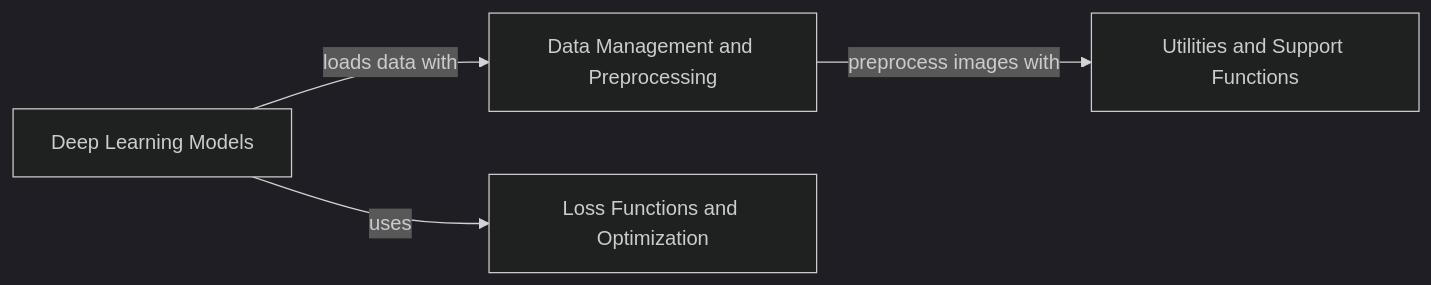
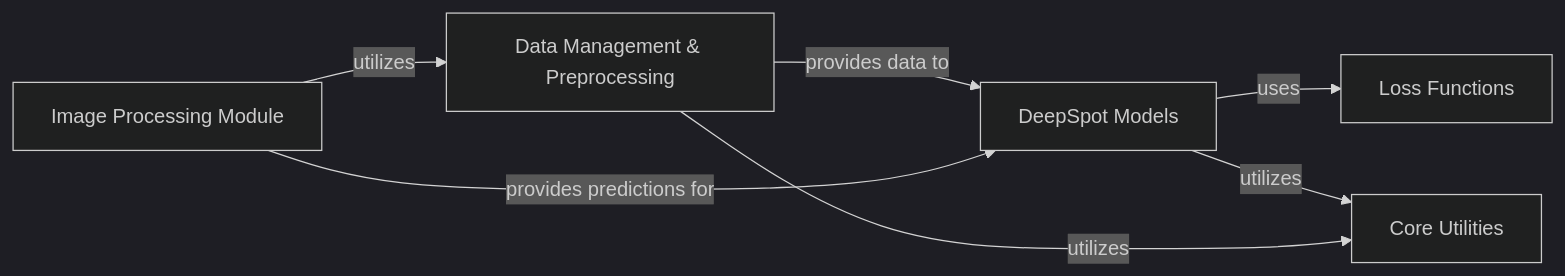
The diagram in DeepSpot/on_boarding.md (CodeBoarding/GeneratedOnBoardings), drawn with Mermaid (dark theme) before and after one commit. The commit also changed other lines of this file and 9 other files, not shown here.

Commit message:
Uploading onboarding materials for DeepSpot

````diff
--- a/DeepSpot/on_boarding.md
+++ b/DeepSpot/on_boarding.md
@@ -1,14 +1,19 @@
 ```mermaid
 graph LR
-    Data_Management_and_Preprocessing["Data Management and Preprocessing"]
-    Deep_Learning_Models["Deep Learning Models"]
-    Loss_Functions_and_Optimization["Loss Functions and Optimization"]
-    Utilities_and_Support_Functions["Utilities and Support Functions"]
-    Deep_Learning_Models -- "loads data with" --> Data_Management_and_Preprocessing
-    Data_Management_and_Preprocessing -- "preprocess images with" --> Utilities_and_Support_Functions
-    Deep_Learning_Models -- "uses" --> Loss_Functions_and_Optimization
-    click Data_Management_and_Preprocessing href "https://github.com/CodeBoarding/GeneratedOnBoardings/blob/main/DeepSpot/Data Management and Preprocessing.md" "Details"
-    click Deep_Learning_Models href "https://github.com/CodeBoarding/GeneratedOnBoardings/blob/main/DeepSpot/Deep Learning Models.md" "Details"
-    click Loss_Functions_and_Optimization href "https://github.com/CodeBoarding/GeneratedOnBoardings/blob/main/DeepSpot/Loss Functions and Optimization.md" "Details"
-    click Utilities_and_Support_Functions href "https://github.com/CodeBoarding/GeneratedOnBoardings/blob/main/DeepSpot/Utilities and Support Functions.md" "Details"
+    Data_Management_Preprocessing["Data Management & Preprocessing"]
+    DeepSpot_Models["DeepSpot Models"]
+    Loss_Functions["Loss Functions"]
+    Image_Processing_Module["Image Processing Module"]
+    Core_Utilities["Core Utilities"]
+    Data_Management_Preprocessing -- "provides data to" --> DeepSpot_Models
+    DeepSpot_Models -- "uses" --> Loss_Functions
+    DeepSpot_Models -- "utilizes" --> Core_Utilities
+    Data_Management_Preprocessing -- "utilizes" --> Core_Utilities
+    Image_Processing_Module -- "utilizes" --> Data_Management_Preprocessing
+    Image_Processing_Module -- "provides predictions for" --> DeepSpot_Models
+    click Data_Management_Preprocessing href "https://github.com/CodeBoarding/GeneratedOnBoardings/blob/main/DeepSpot/Data Management & Preprocessing.md" "Details"
+    click DeepSpot_Models href "https://github.com/CodeBoarding/GeneratedOnBoardings/blob/main/DeepSpot/DeepSpot Models.md" "Details"
+    click Loss_Functions href "https://github.com/CodeBoarding/GeneratedOnBoardings/blob/main/DeepSpot/Loss Functions.md" "Details"
+    click Image_Processing_Module href "https://github.com/CodeBoarding/GeneratedOnBoardings/blob/main/DeepSpot/Image Processing Module.md" "Details"
+    click Core_Utilities href "https://github.com/CodeBoarding/GeneratedOnBoardings/blob/main/DeepSpot/Core Utilities.md" "Details"
 ```
````
